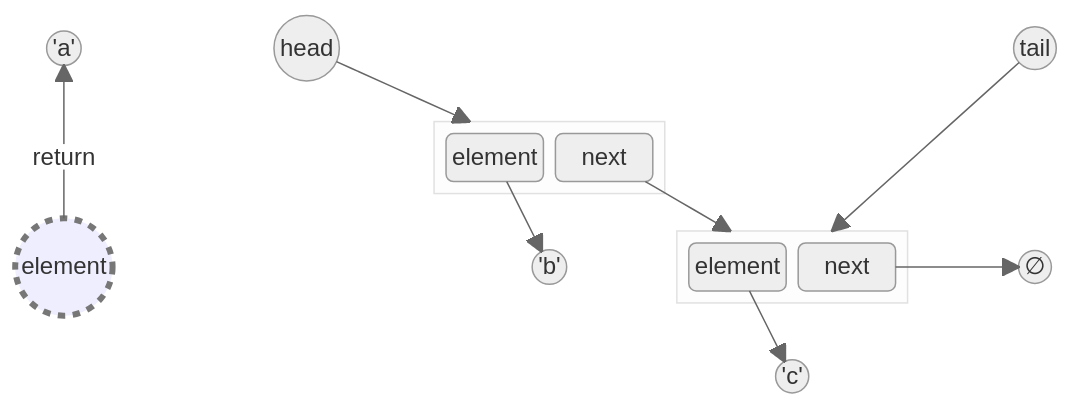
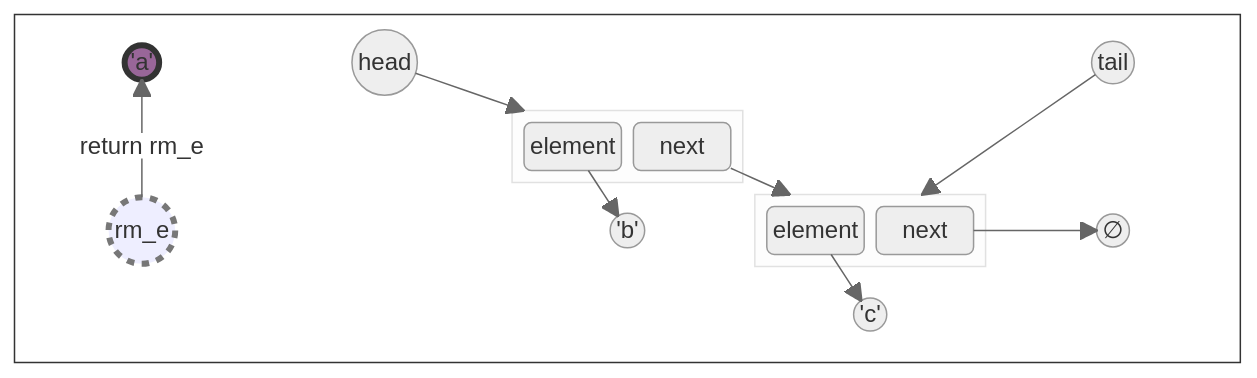
Before and after one commit to ruslylove/datastruct: diagram 11 of 12 in lectures/lect-3-Singly-Linked-List.md, drawn with Mermaid (neutral theme). The commit also changed other lines of this file and 1 other file, not shown here.

Commit message:
update linked list diagram

````diff
--- a/lectures/lect-3-Singly-Linked-List.md
+++ b/lectures/lect-3-Singly-Linked-List.md
@@ -695,56 +735,61 @@
-```mermaid {scale:0.55}
+```mermaid {scale:0.56}
 
 block-beta
 
+    block:border
     columns 5
 
     
     A(("'a'"))
     head
 
     space
     space
     tail(("tail"))
     space
     space
     
     block:node2
         element2("element")
         next2("next")
     end
 
     space
     space
-    remove(("element"))
+    remove(("rm_e"))
     space
     B(("'b'"))
 
     block:node3
         element3("element")
         next3("next")
     end
     
     null
 
     space
     space
     space
     
     C(("'c'"))
 
+    end
+
 
     next2 --> node3
     next3 --> null(("∅"))
     head(("head")) --> node2
 
     element2 --> B
     element3 --> C
     tail --> node3
-    remove -- "return" --> A
+    remove -- "return rm_e" --> A
 
     %%style head fill:#969,stroke:#333,stroke-width:4px
     style remove stroke-dasharray: 5 5,stroke-width:4,stroke:#777,fill:#eef
+    style border fill:#fff,stroke:#333
+    style A fill:#969,stroke:#333,stroke-width:4px
 
 
 
 ```
````
